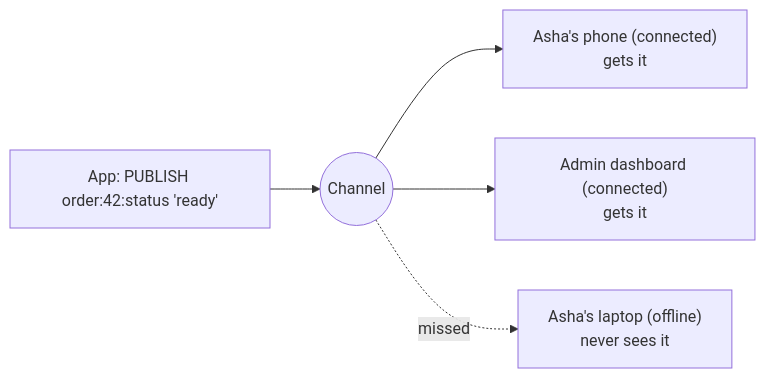
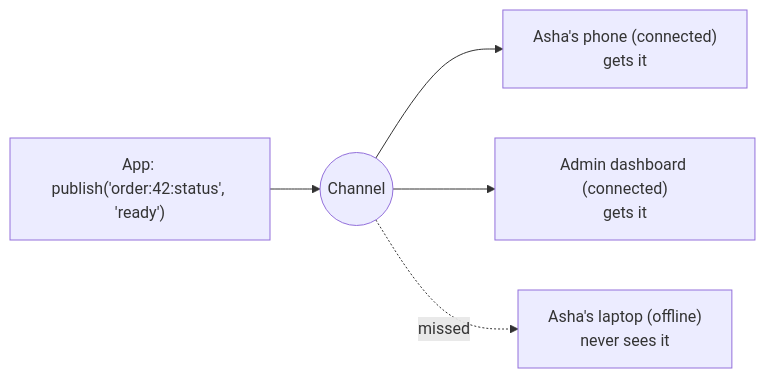
Diagram 14 of 31 in redis.md (selvakumarperumal/Regulatory_Circular_Impact_Agent), drawn with Mermaid before and after one commit. The commit also changed other lines of this file, not shown here.

````diff
--- a/redis.md
+++ b/redis.md
@@ -1373,7 +1779,7 @@
 ```mermaid
 flowchart LR
-    PUB["App: PUBLISH order:42:status 'ready'"] --> CH(("Channel"))
+    PUB["App: publish('order:42:status', 'ready')"] --> CH(("Channel"))
     CH --> S1["Asha's phone (connected)<br/>gets it"]
     CH --> S2["Admin dashboard (connected)<br/>gets it"]
     CH -. "missed" .-> S3["Asha's laptop (offline)<br/>never sees it"]
 ```
````
